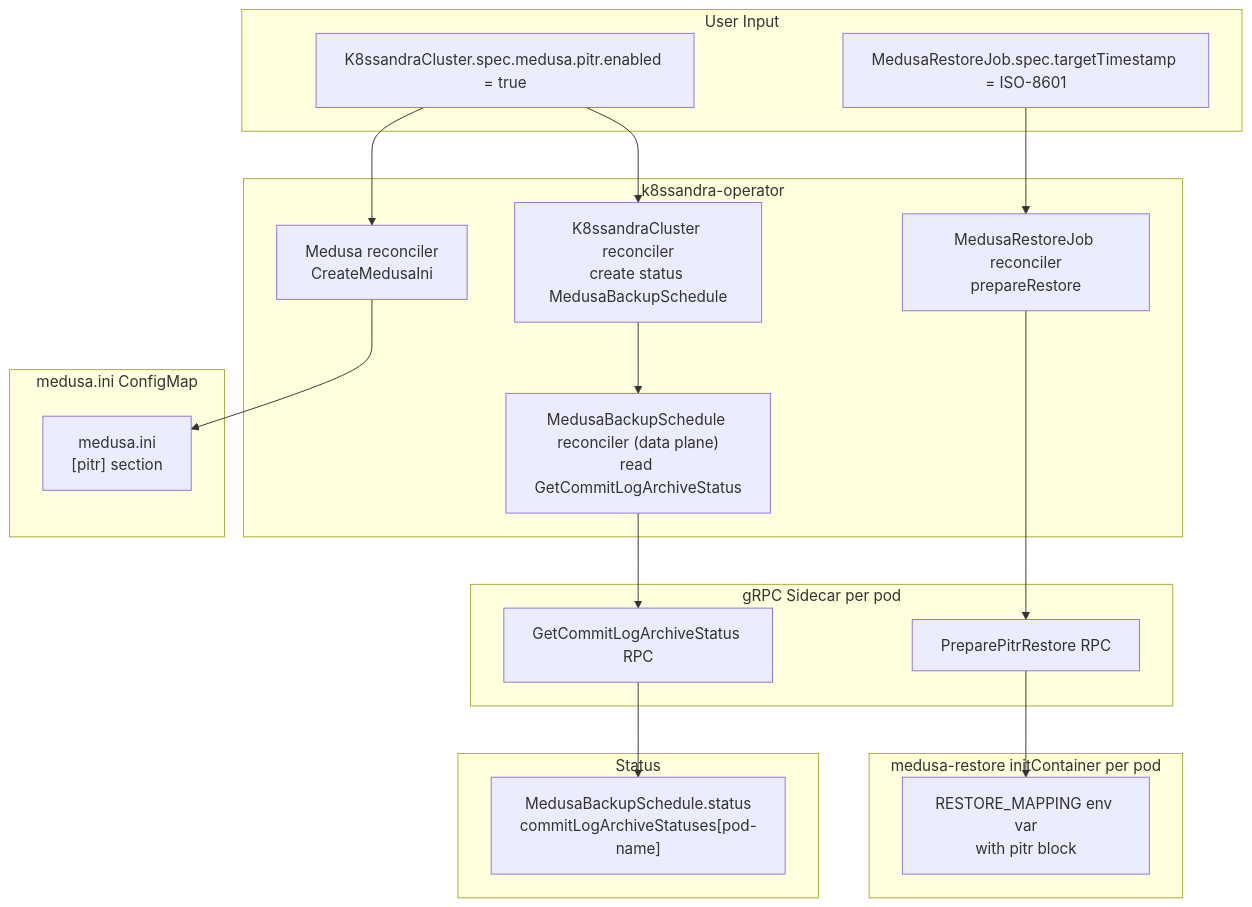
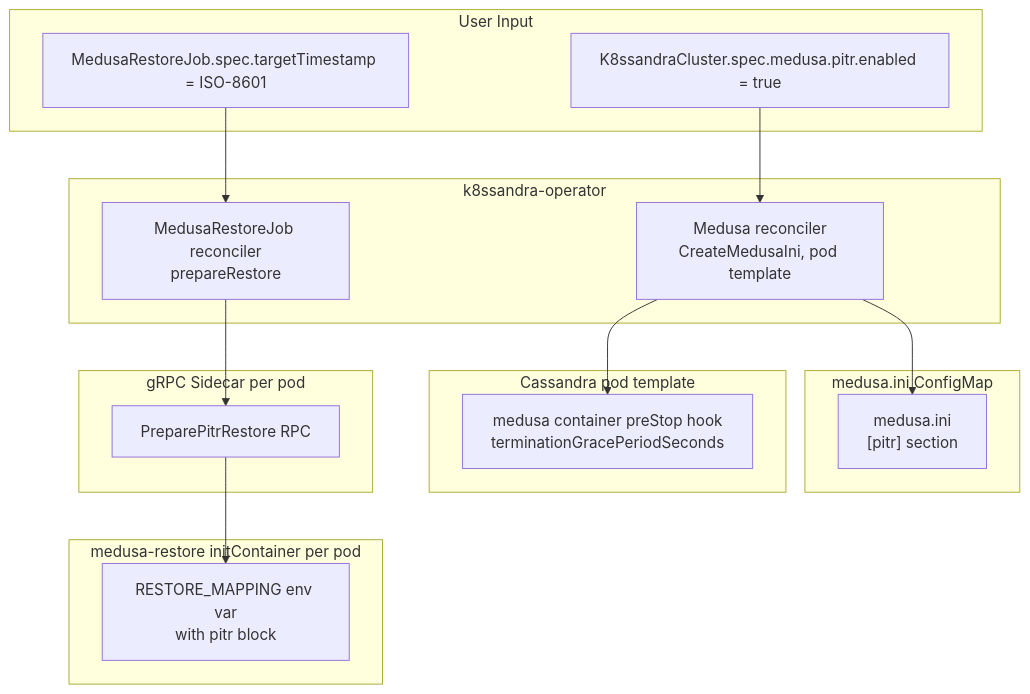
Before and after one commit to k8ssandra/k8ssandra-operator: the first of 2 diagrams in dev-docs/designs/pitr-k8ssandra-operator-design.md, drawn with Mermaid. The commit also changed other lines of this file and 1 other file, not shown here.

````diff
--- a/dev-docs/designs/pitr-k8ssandra-operator-design.md
+++ b/dev-docs/designs/pitr-k8ssandra-operator-design.md
@@ -114,36 +113,33 @@
 ```mermaid
 flowchart TD
     subgraph userInput ["User Input"]
         U1["K8ssandraCluster.spec.medusa.pitr.enabled = true"]
         U2["MedusaRestoreJob.spec.targetTimestamp = ISO-8601"]
     end
 
     subgraph k8ssandraOperator ["k8ssandra-operator"]
-        R1["Medusa reconciler<br>CreateMedusaIni"]
+        R1["Medusa reconciler<br>CreateMedusaIni, pod template"]
         R2["MedusaRestoreJob reconciler<br>prepareRestore"]
-        R3["K8ssandraCluster reconciler<br>create status MedusaBackupSchedule"]
-        R4["MedusaBackupSchedule reconciler (data plane)<br>read GetCommitLogArchiveStatus"]
     end
 
     subgraph medusaConfigMap ["medusa.ini ConfigMap"]
         CM["medusa.ini<br>[pitr] section"]
     end
 
+    subgraph podTemplate ["Cassandra pod template"]
+        PT["medusa container preStop hook<br>terminationGracePeriodSeconds"]
+    end
+
     subgraph grpcSidecar ["gRPC Sidecar per pod"]
         G1["PreparePitrRestore RPC"]
-        G2["GetCommitLogArchiveStatus RPC"]
     end
 
     subgraph restoreInitContainer ["medusa-restore initContainer per pod"]
         IC["RESTORE_MAPPING env var<br>with pitr block"]
     end
 
-    subgraph statusSection ["Status"]
-        ST["MedusaBackupSchedule.status<br>commitLogArchiveStatuses[pod-name]"]
-    end
-
     U1 --> R1 --> CM
+    R1 --> PT
     U2 --> R2 --> G1
     G1 --> IC
-    U1 --> R3 --> R4 --> G2 --> ST
 ```
````
